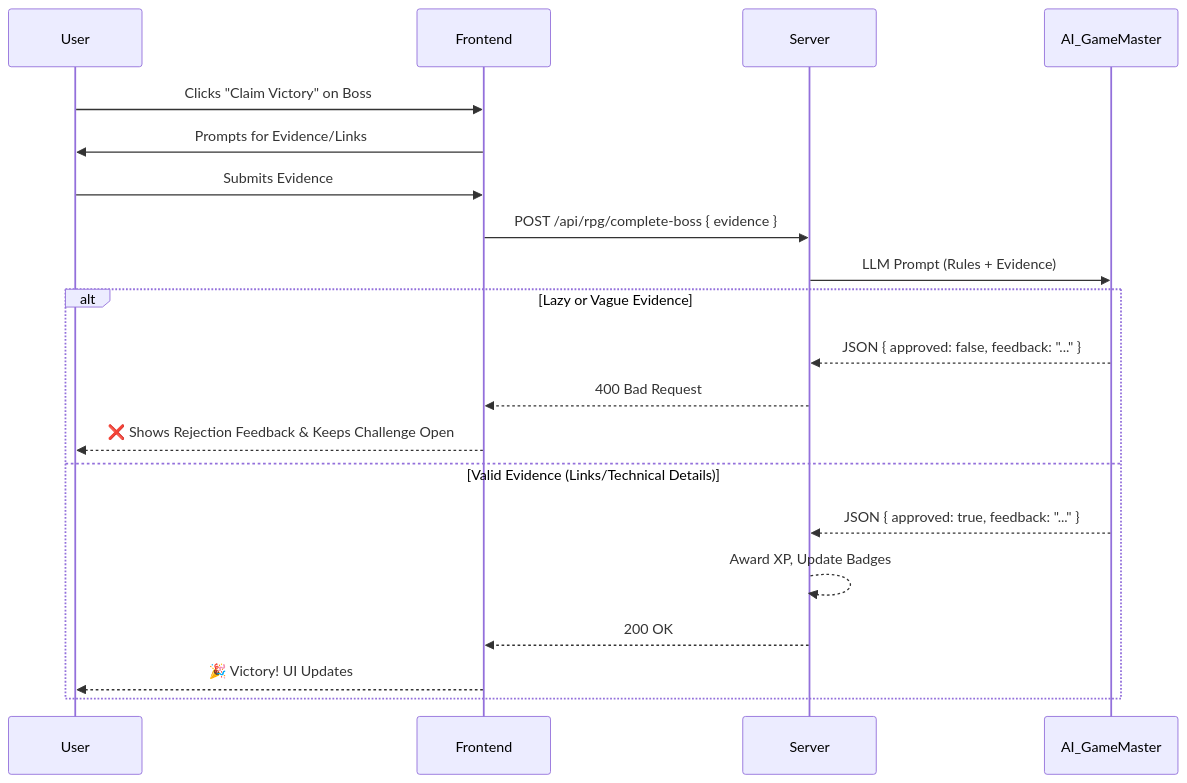
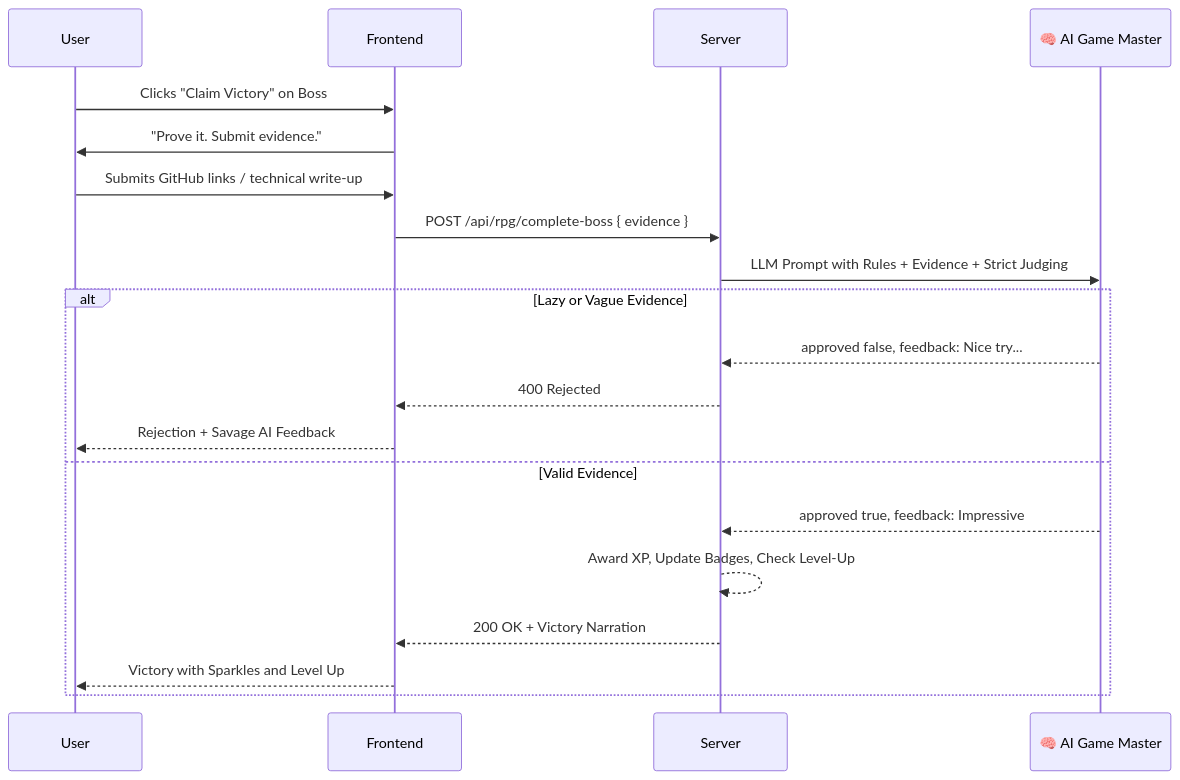
Before and after one commit to KedarJ10-design/growth-radar: the second of 2 diagrams in README.md, drawn with Mermaid. The commit also changed other lines of this file, not shown here.

Commit message:
docs: Rewrite README for GDG MAD Dumb Ideas Challenge

````diff
--- a/README.md
+++ b/README.md
@@ -28,24 +136,24 @@
 ```mermaid
 sequenceDiagram
     participant User
     participant Frontend
     participant Server
-    participant AI_GameMaster
-    
+    participant AI_GameMaster as 🧠 AI Game Master
+
     User->>Frontend: Clicks "Claim Victory" on Boss
-    Frontend->>User: Prompts for Evidence/Links
-    User->>Frontend: Submits Evidence
+    Frontend->>User: "Prove it. Submit evidence."
+    User->>Frontend: Submits GitHub links / technical write-up
     Frontend->>Server: POST /api/rpg/complete-boss { evidence }
-    Server->>AI_GameMaster: LLM Prompt (Rules + Evidence)
-    
+    Server->>AI_GameMaster: LLM Prompt with Rules + Evidence + Strict Judging
+
     alt Lazy or Vague Evidence
-        AI_GameMaster-->>Server: JSON { approved: false, feedback: "..." }
-        Server-->>Frontend: 400 Bad Request
-        Frontend-->>User: ❌ Shows Rejection Feedback & Keeps Challenge Open
-    else Valid Evidence (Links/Technical Details)
-        AI_GameMaster-->>Server: JSON { approved: true, feedback: "..." }
-        Server-->>Server: Award XP, Update Badges
-        Server-->>Frontend: 200 OK
-        Frontend-->>User: 🎉 Victory! UI Updates
+        AI_GameMaster-->>Server: approved false, feedback: Nice try...
+        Server-->>Frontend: 400 Rejected
+        Frontend-->>User: Rejection + Savage AI Feedback
+    else Valid Evidence
+        AI_GameMaster-->>Server: approved true, feedback: Impressive
+        Server-->>Server: Award XP, Update Badges, Check Level-Up
+        Server-->>Frontend: 200 OK + Victory Narration
+        Frontend-->>User: Victory with Sparkles and Level Up
     end
 ```
````
